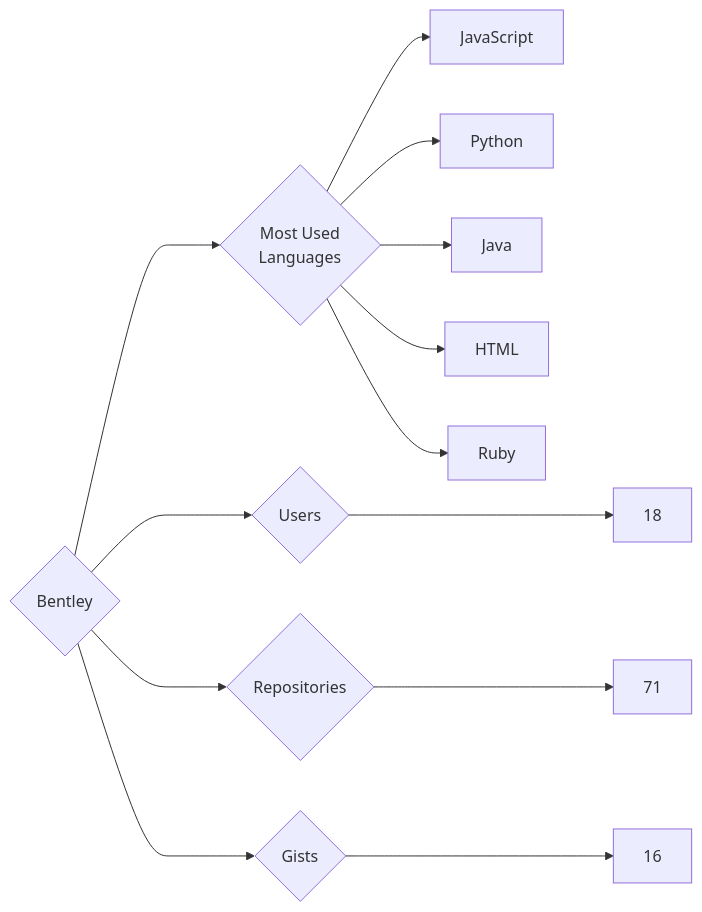
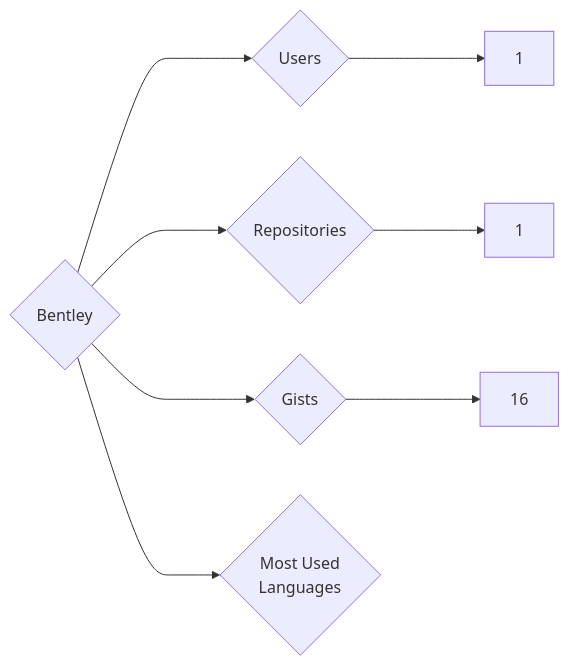
One commit to trickest/insiders changed the diagram in targets/Bentley/README.md. Above: the diagram before and after it, drawn with Mermaid. The commit also changed 750 other files, not shown here.

````diff
--- a/targets/Bentley/README.md
+++ b/targets/Bentley/README.md
@@ -3,13 +3,8 @@
 ```mermaid
 graph LR
 COMPANY_NAME{Bentley}
-COMPANY_NAME ---> U{Users} ---> UN[18]
-COMPANY_NAME ---> R{Repositories} ---> RN[71]
+COMPANY_NAME ---> U{Users} ---> UN[1]
+COMPANY_NAME ---> R{Repositories} ---> RN[1]
 COMPANY_NAME ---> G{Gists} ---> GN[16]
 COMPANY_NAME ---> ML{Most Used<br>Languages}
-ML --> JavaScript[JavaScript]
-ML --> Python[Python]
-ML --> Java[Java]
-ML --> HTML[HTML]
-ML --> Ruby[Ruby]
 ```
````
